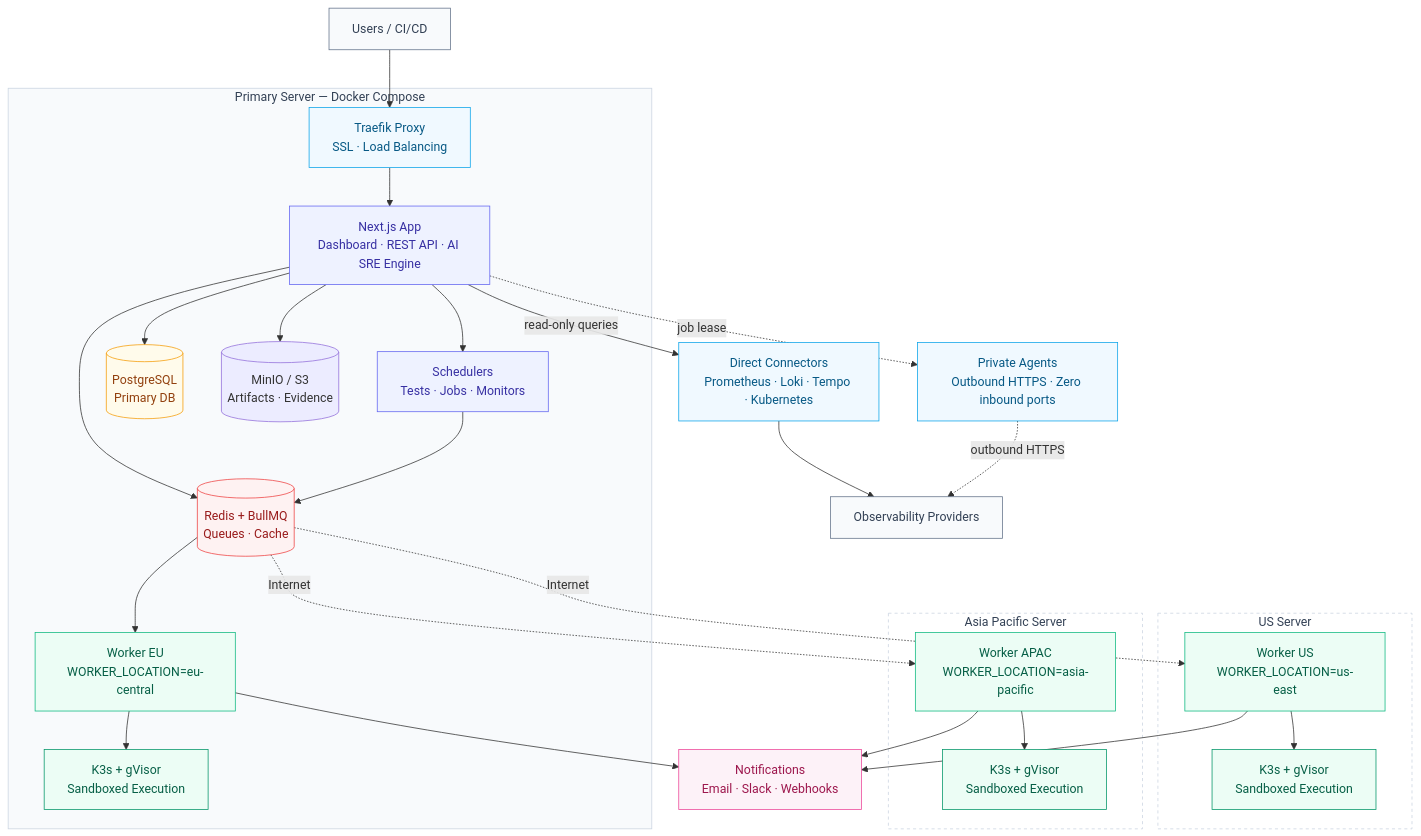
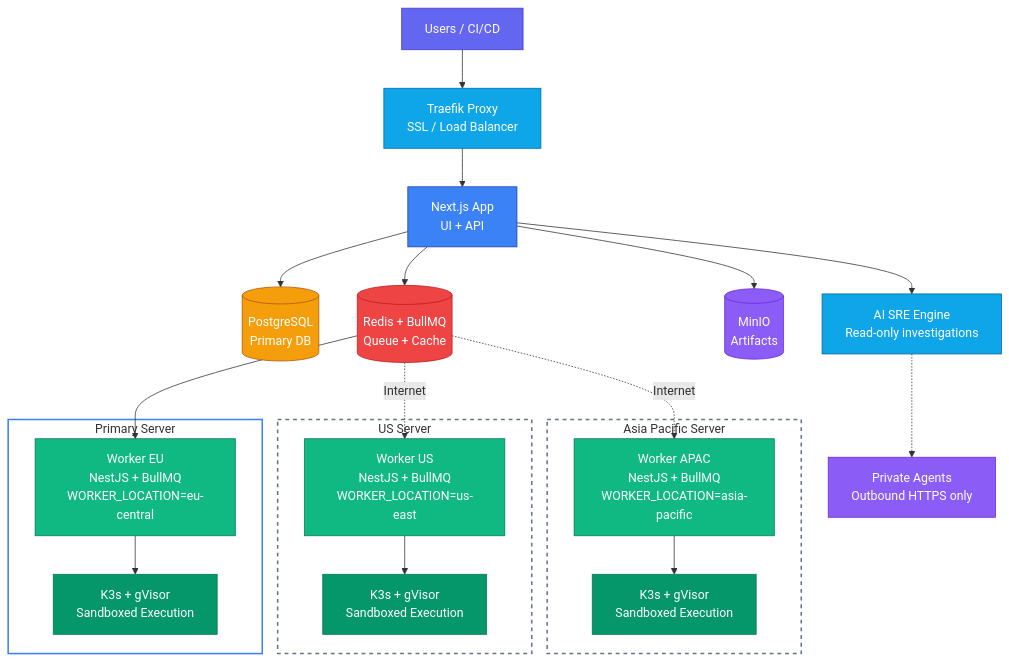
One commit to supercheck-io/supercheck changed the first of 2 diagrams in docs/content/docs/app/deployment/multi-location.mdx. Above: the diagram before and after it, drawn with Mermaid. The commit also changed other lines of this file and 17 other files, not shown here.

First line of the commit message:
docs: restore original colors, add AI SRE to architecture, reorganize + multi-color diagrams (#310)

````diff
--- a/docs/content/docs/app/deployment/multi-location.mdx
+++ b/docs/content/docs/app/deployment/multi-location.mdx
@@ -15,66 +15,42 @@
 ```mermaid
 flowchart TB
-    Users["Users / CI/CD"]
+    Users[Users / CI/CD] --> T[Traefik Proxy<br/>SSL / Load Balancer]
+    T --> App[Next.js App<br/>UI + API]
+    App --> DB[(PostgreSQL<br/>Primary DB)] & Redis[(Redis + BullMQ<br/>Queue + Cache)] & S3[(MinIO<br/>Artifacts)]
+    App --> SRE[AI SRE Engine<br/>Read-only investigations]
+    SRE -.-> Private[Private Agents<br/>Outbound HTTPS only]
 
-    subgraph PRIMARY["Primary Server — Docker Compose"]
-        T["Traefik Proxy<br/>SSL · Load Balancing"]
-        App["Next.js App<br/>Dashboard · REST API · AI SRE Engine"]
-        Scheduler["Schedulers<br/>Tests · Jobs · Monitors"]
-        DB[("PostgreSQL<br/>Primary DB")]
-        Redis[("Redis + BullMQ<br/>Queues · Cache")]
-        S3[("MinIO / S3<br/>Artifacts · Evidence")]
-        W_EU["Worker EU<br/>WORKER_LOCATION=eu-central"]
-        K3S_EU["K3s + gVisor<br/>Sandboxed Execution"]
+    Redis --> W_EU
+    Redis -.->|Internet| W_US
+    Redis -.->|Internet| W_APAC
 
-        T --> App
-        App --> Scheduler
-        App --> DB
-        App --> Redis
-        App --> S3
-        Scheduler --> Redis
-        Redis --> W_EU
-        W_EU --> K3S_EU
+    subgraph PRIMARY["Primary Server"]
+        W_EU[Worker EU<br/>NestJS + BullMQ<br/>WORKER_LOCATION=eu-central] --> K3S_EU[K3s + gVisor<br/>Sandboxed Execution]
     end
 
     subgraph US["US Server"]
-        W_US["Worker US<br/>WORKER_LOCATION=us-east"] --> K3S_US["K3s + gVisor<br/>Sandboxed Execution"]
+        W_US[Worker US<br/>NestJS + BullMQ<br/>WORKER_LOCATION=us-east] --> K3S_US[K3s + gVisor<br/>Sandboxed Execution]
     end
 
     subgraph APAC["Asia Pacific Server"]
-        W_APAC["Worker APAC<br/>WORKER_LOCATION=asia-pacific"] --> K3S_APAC["K3s + gVisor<br/>Sandboxed Execution"]
+        W_APAC[Worker APAC<br/>NestJS + BullMQ<br/>WORKER_LOCATION=asia-pacific] --> K3S_APAC[K3s + gVisor<br/>Sandboxed Execution]
     end
 
-    Users --> T
-    Redis -.->|"Internet"| W_US
-    Redis -.->|"Internet"| W_APAC
-    App -->|"read-only queries"| Direct["Direct Connectors<br/>Prometheus · Loki · Tempo · Kubernetes"]
-    App -.->|"job lease"| Private["Private Agents<br/>Outbound HTTPS · Zero inbound ports"]
-    Direct --> Providers["Observability Providers"]
-    Private -.->|"outbound HTTPS"| Providers
-    W_EU --> Notify["Notifications<br/>Email · Slack · Webhooks"]
-    W_US --> Notify
-    W_APAC --> Notify
-
-    classDef proxy fill:#f0f9ff,stroke:#0ea5e9,color:#075985
-    classDef app fill:#eef2ff,stroke:#6366f1,color:#3730a3
-    classDef data fill:#fffbeb,stroke:#f59e0b,color:#92400e
-    classDef queue fill:#fef2f2,stroke:#ef4444,color:#991b1b
-    classDef worker fill:#ecfdf5,stroke:#10b981,color:#065f46
-    classDef sandbox fill:#ecfdf5,stroke:#059669,color:#065f46
-    classDef connector fill:#f0f9ff,stroke:#0ea5e9,color:#075985
-    classDef external fill:#f8fafc,stroke:#64748b,color:#334155
-    classDef notify fill:#fdf2f8,stroke:#ec4899,color:#9d174d
-
-    class Users,Providers external
-    class T proxy
-    class App,Scheduler app
-    class DB data
-    class Redis queue
-    class W_EU,W_US,W_APAC worker
-    class K3S_EU,K3S_US,K3S_APAC sandbox
-    class Direct,Private connector
-    class Notify notify
-    style PRIMARY fill:#f8fafc,stroke:#cbd5e1,color:#334155
-    style US fill:#ffffff,stroke:#cbd5e1,stroke-dasharray: 4 4,color:#334155
-    style APAC fill:#ffffff,stroke:#cbd5e1,stroke-dasharray: 4 4,color:#334155
+    style Users fill:#6366f1,stroke:#4338ca,color:#fff
+    style T fill:#0ea5e9,stroke:#0369a1,color:#fff
+    style App fill:#3b82f6,stroke:#1e40af,color:#fff
+    style DB fill:#f59e0b,stroke:#b45309,color:#fff
+    style Redis fill:#ef4444,stroke:#b91c1c,color:#fff
+    style S3 fill:#8b5cf6,stroke:#6d28d9,color:#fff
+    style SRE fill:#0ea5e9,stroke:#0369a1,color:#fff
+    style Private fill:#8b5cf6,stroke:#6d28d9,color:#fff
+    style W_EU fill:#10b981,stroke:#047857,color:#fff
+    style W_US fill:#10b981,stroke:#047857,color:#fff
+    style W_APAC fill:#10b981,stroke:#047857,color:#fff
+    style K3S_EU fill:#059669,stroke:#047857,color:#fff
+    style K3S_US fill:#059669,stroke:#047857,color:#fff
+    style K3S_APAC fill:#059669,stroke:#047857,color:#fff
+    style PRIMARY fill:none,stroke:#3b82f6,stroke-width:2px
+    style US fill:none,stroke:#64748b,stroke-width:2px,stroke-dasharray: 5 5
+    style APAC fill:none,stroke:#64748b,stroke-width:2px,stroke-dasharray: 5 5
 ```
````
